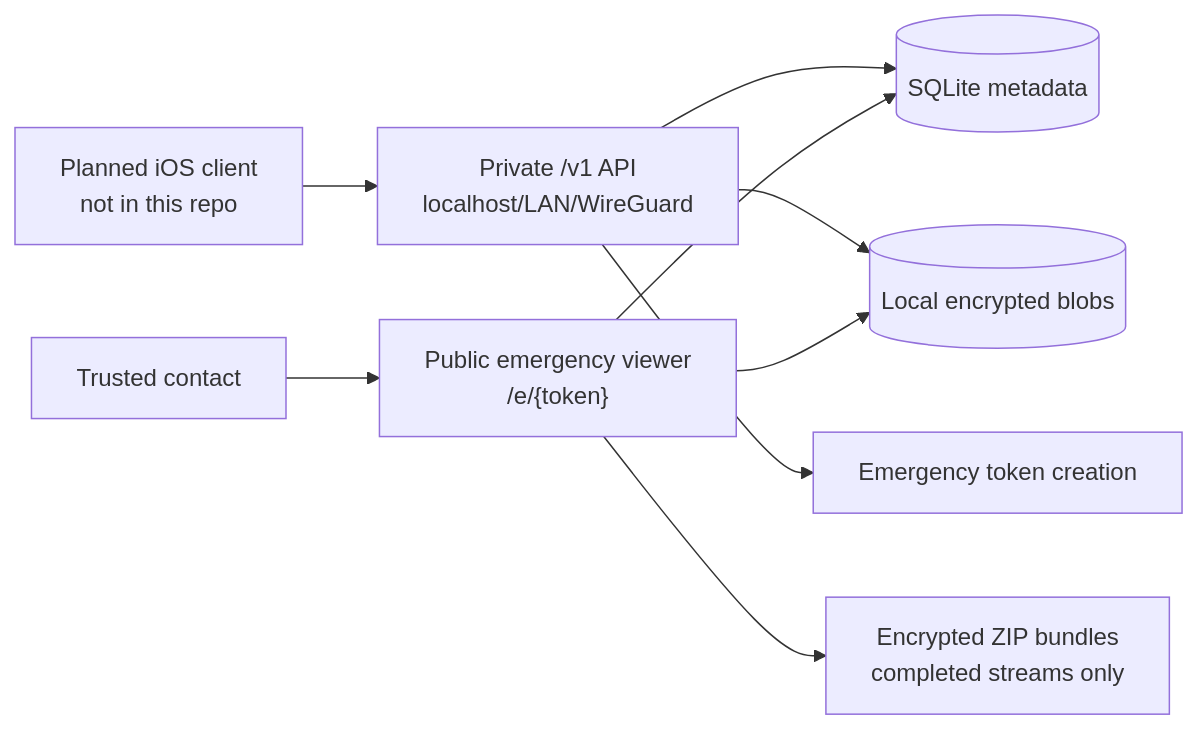
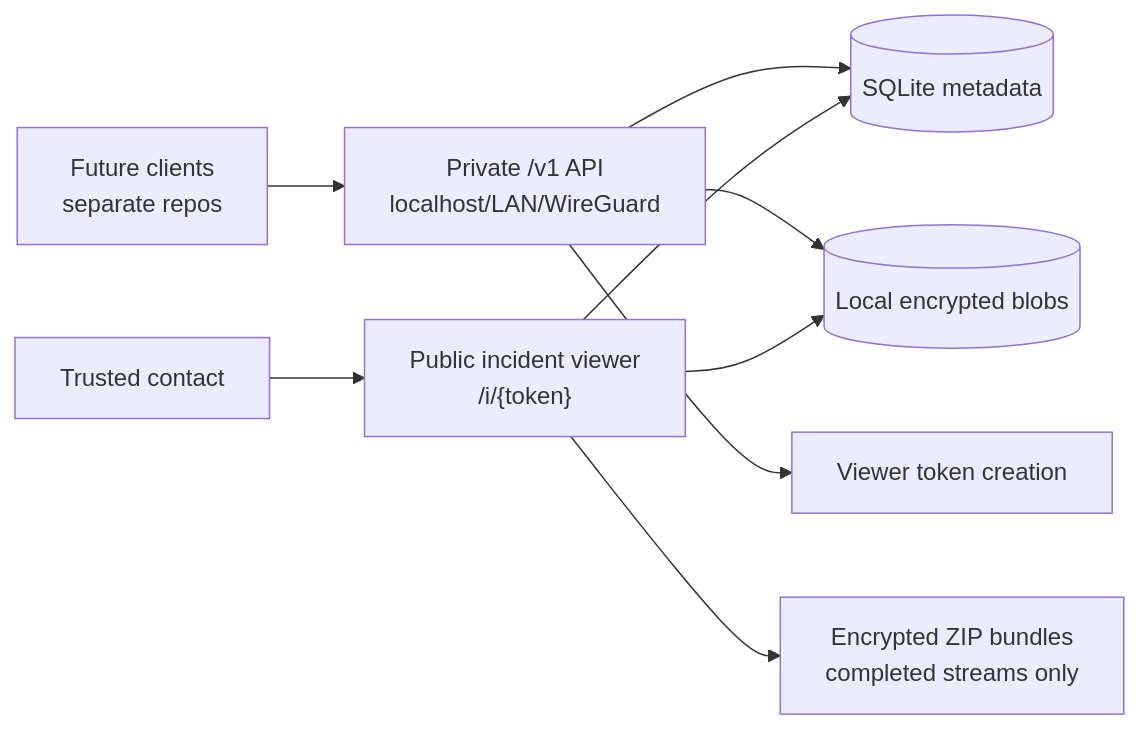
The diagram in README.md (open-proofline/server), drawn with Mermaid before and after one commit. The commit also changed other lines of this file and 100 other files, not shown here.

````diff
--- a/README.md
+++ b/README.md
@@ -52,11 +94,11 @@
 ```mermaid
 flowchart LR
-    FutureClient["Planned iOS client<br/>not in this repo"] --> Private["Private /v1 API<br/>localhost/LAN/WireGuard"]
+    FutureClients["Future clients<br/>separate repos"] --> Private["Private /v1 API<br/>localhost/LAN/WireGuard"]
     Private --> DB[(SQLite metadata)]
     Private --> Blobs[(Local encrypted blobs)]
-    Private --> Tokens["Emergency token creation"]
-    Contact["Trusted contact"] --> Public["Public emergency viewer<br/>/e/{token}"]
+    Private --> Tokens["Viewer token creation"]
+    Contact["Trusted contact"] --> Public["Public incident viewer<br/>/i/{token}"]
     Public --> DB
     Public --> Blobs
     Public --> Bundles["Encrypted ZIP bundles<br/>completed streams only"]
 ```
````
